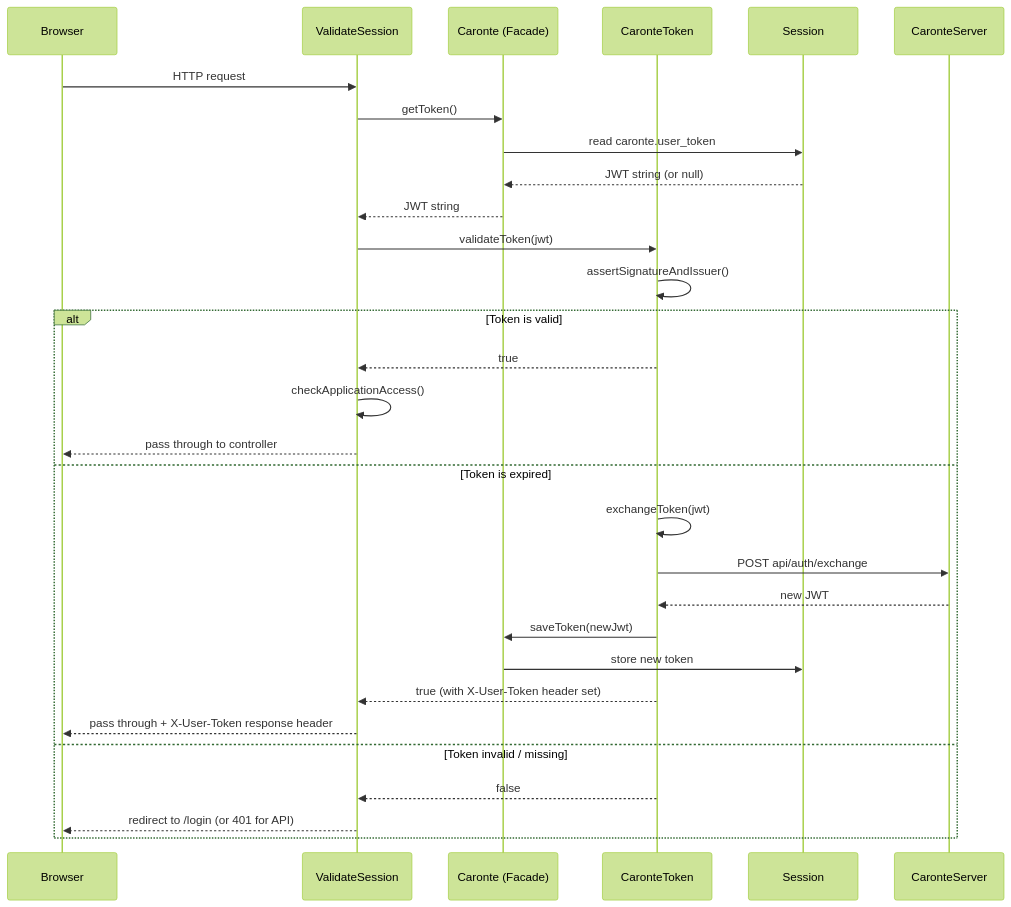
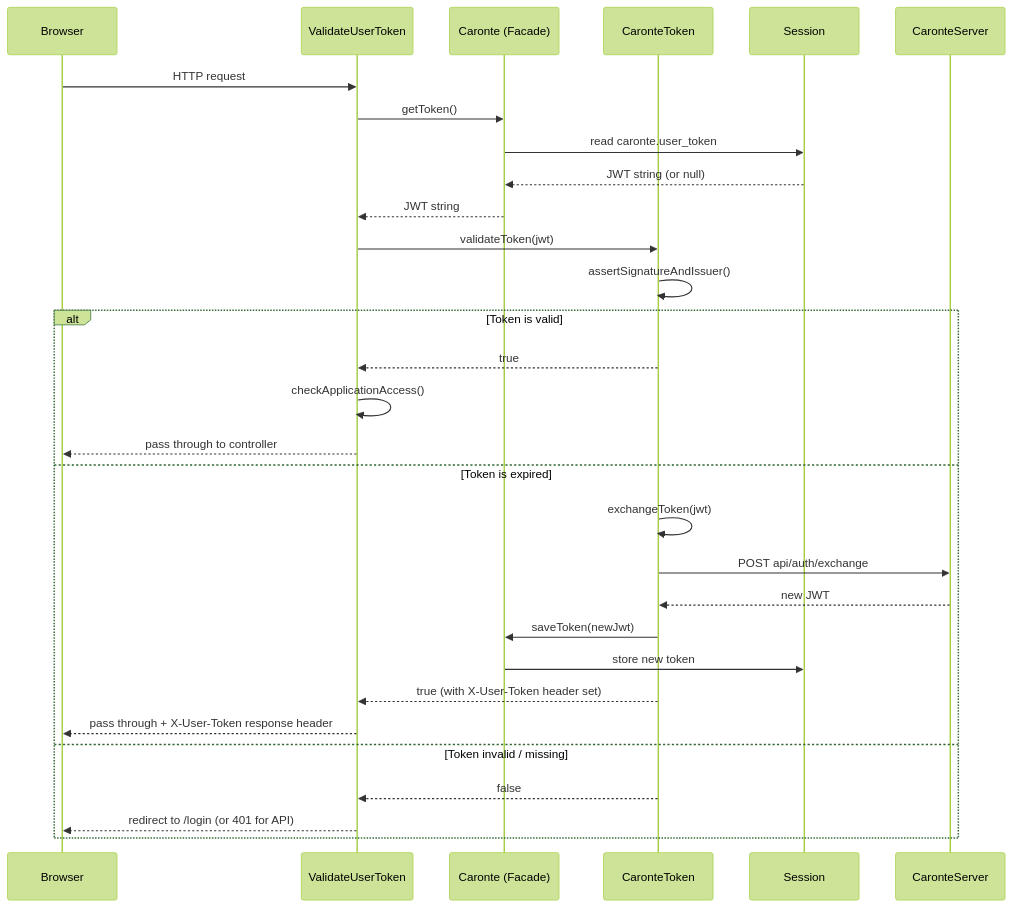
Before and after one commit to Ometra-Nyx/mx.ometra.caronte-client: the fourth of 5 diagrams in doc/architecture-diagrams.md, drawn with Mermaid (forest theme). The commit also changed other lines of this file and 65 other files, not shown here.

````diff
--- a/doc/architecture-diagrams.md
+++ b/doc/architecture-diagrams.md
@@ -130,35 +129,35 @@
 ```mermaid
 sequenceDiagram
     participant Browser
-    participant ValidateSession
+    participant ValidateUserToken
     participant Caronte as Caronte (Facade)
     participant CaronteToken
     participant Session
     participant CaronteServer
 
-    Browser->>ValidateSession: HTTP request
-    ValidateSession->>Caronte: getToken()
+    Browser->>ValidateUserToken: HTTP request
+    ValidateUserToken->>Caronte: getToken()
     Caronte->>Session: read caronte.user_token
     Session-->>Caronte: JWT string (or null)
-    Caronte-->>ValidateSession: JWT string
+    Caronte-->>ValidateUserToken: JWT string
 
-    ValidateSession->>CaronteToken: validateToken(jwt)
+    ValidateUserToken->>CaronteToken: validateToken(jwt)
     CaronteToken->>CaronteToken: assertSignatureAndIssuer()
 
     alt Token is valid
-        CaronteToken-->>ValidateSession: true
-        ValidateSession->>ValidateSession: checkApplicationAccess()
-        ValidateSession-->>Browser: pass through to controller
+        CaronteToken-->>ValidateUserToken: true
+        ValidateUserToken->>ValidateUserToken: checkApplicationAccess()
+        ValidateUserToken-->>Browser: pass through to controller
     else Token is expired
         CaronteToken->>CaronteToken: exchangeToken(jwt)
         CaronteToken->>CaronteServer: POST api/auth/exchange
         CaronteServer-->>CaronteToken: new JWT
         CaronteToken->>Caronte: saveToken(newJwt)
         Caronte->>Session: store new token
-        CaronteToken-->>ValidateSession: true (with X-User-Token header set)
-        ValidateSession-->>Browser: pass through + X-User-Token response header
+        CaronteToken-->>ValidateUserToken: true (with X-User-Token header set)
+        ValidateUserToken-->>Browser: pass through + X-User-Token response header
     else Token invalid / missing
-        CaronteToken-->>ValidateSession: false
-        ValidateSession-->>Browser: redirect to /login (or 401 for API)
+        CaronteToken-->>ValidateUserToken: false
+        ValidateUserToken-->>Browser: redirect to /login (or 401 for API)
     end
 ```
````
